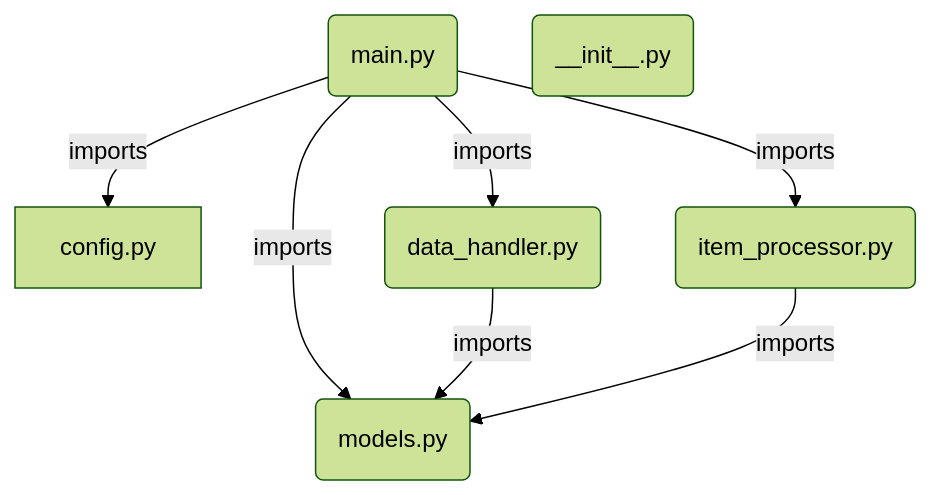
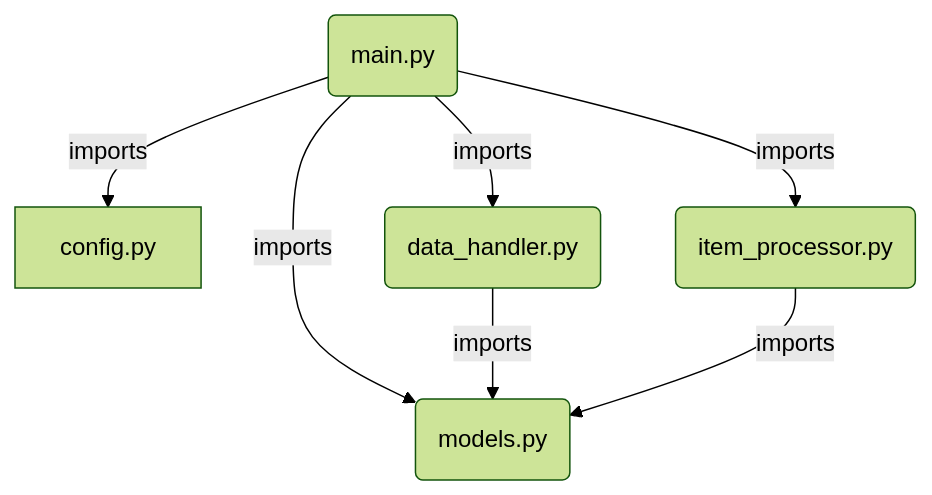
One commit to OpenXFlow/sourceLensAI changed the second of 7 diagrams in output/python-sample-project/07_diagrams.md. Above: the diagram before and after it, drawn with Mermaid (forest theme). The commit also changed other lines of this file and 25 other files, not shown here.

````diff
--- a/output/python-sample-project/07_diagrams.md
+++ b/output/python-sample-project/07_diagrams.md
@@ -34,15 +23,14 @@
 ```mermaid
 graph TD
     M(main.py)
     C["config.py"]
     D(data_handler.py)
     I(item_processor.py)
-    MO(models.py)
-    I_init(__init__.py)
+    Mo(models.py)
     M -->|"imports"| C
     M -->|"imports"| D
     M -->|"imports"| I
-    M -->|"imports"| MO
-    D -->|"imports"| MO
-    I -->|"imports"| MO
+    M -->|"imports"| Mo
+    D -->|"imports"| Mo
+    I -->|"imports"| Mo
 ```
````
